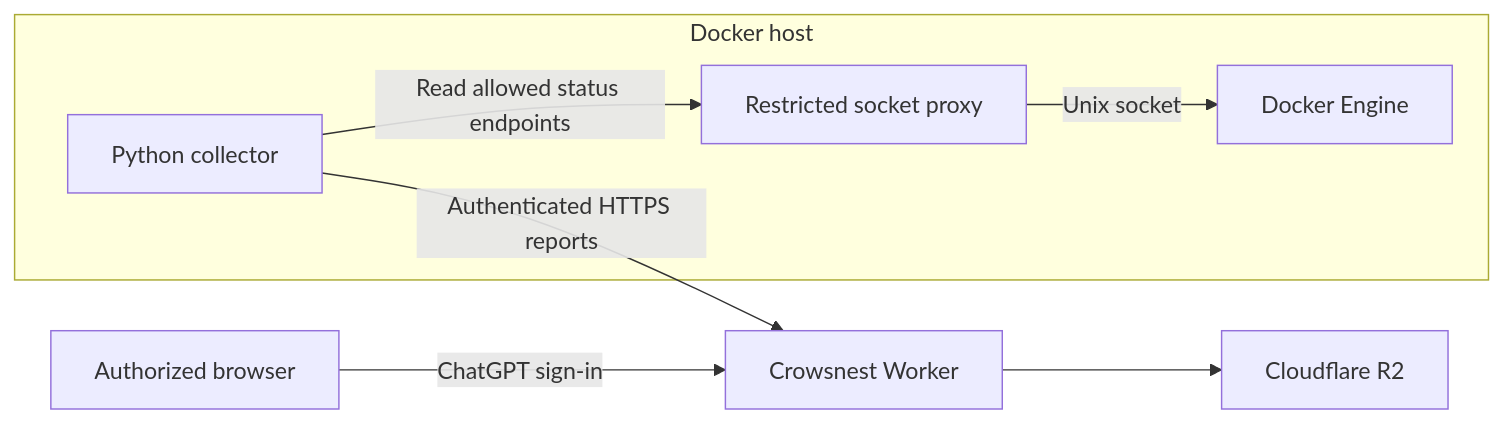
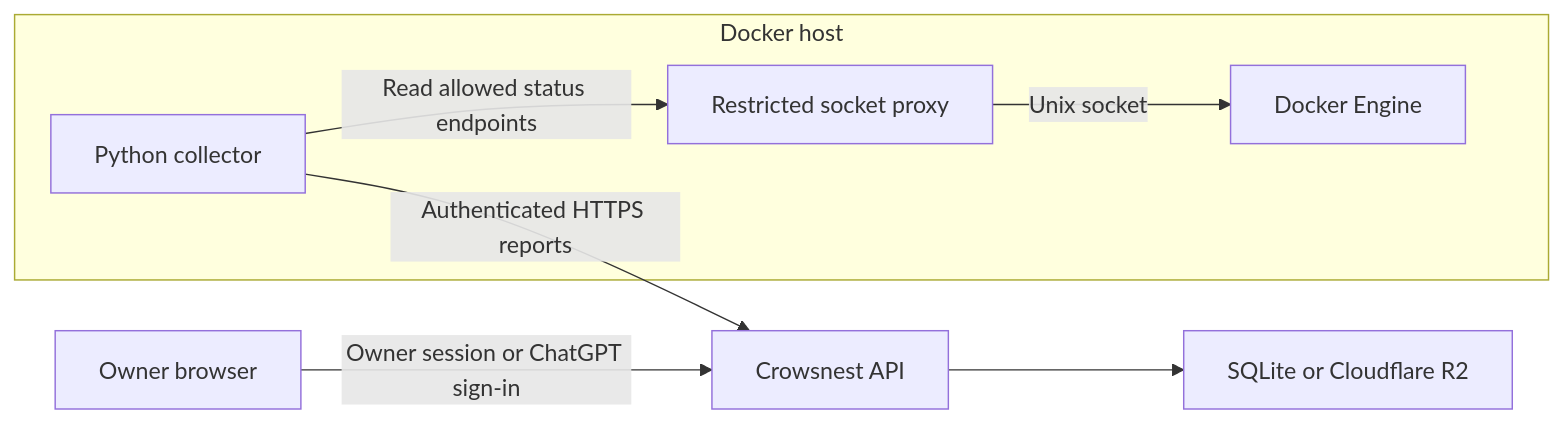
Before and after one commit to bthall/crowsnest: the diagram in README.md, drawn with Mermaid. The commit also changed other lines of this file and 51 other files, not shown here.

````diff
--- a/README.md
+++ b/README.md
@@ -81,13 +90,13 @@
 ```mermaid
 flowchart LR
     subgraph Host[Docker host]
         Engine[Docker Engine]
         Proxy[Restricted socket proxy]
         Collector[Python collector]
         Collector -->|Read allowed status endpoints| Proxy
         Proxy -->|Unix socket| Engine
     end
-    Collector -->|Authenticated HTTPS reports| Dashboard[Crowsnest Worker]
-    User[Authorized browser] -->|ChatGPT sign-in| Dashboard
-    Dashboard --> Storage[Cloudflare R2]
+    Collector -->|Authenticated HTTPS reports| Dashboard[Crowsnest API]
+    User[Owner browser] -->|Owner session or ChatGPT sign-in| Dashboard
+    Dashboard --> Storage[SQLite or Cloudflare R2]
 ```
````
